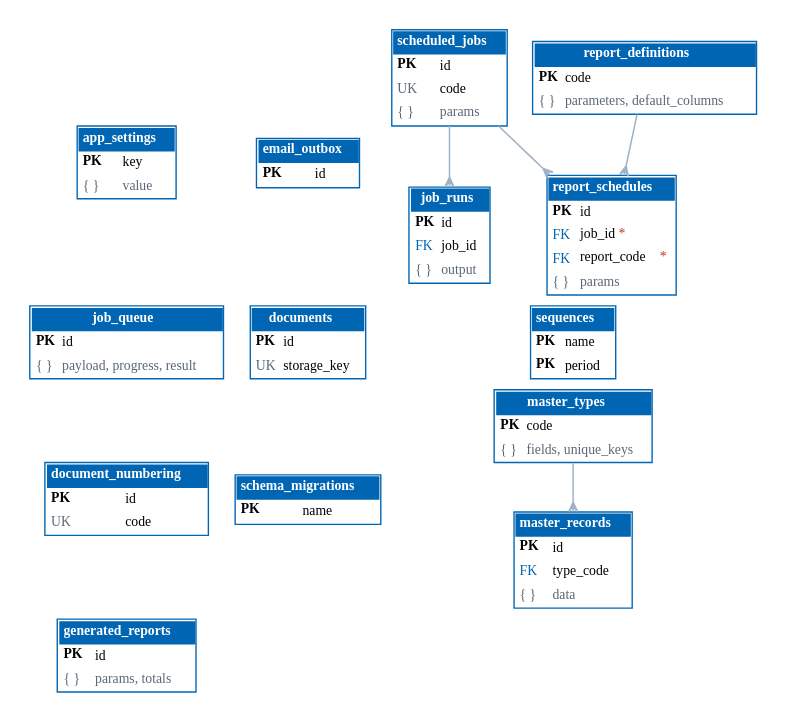
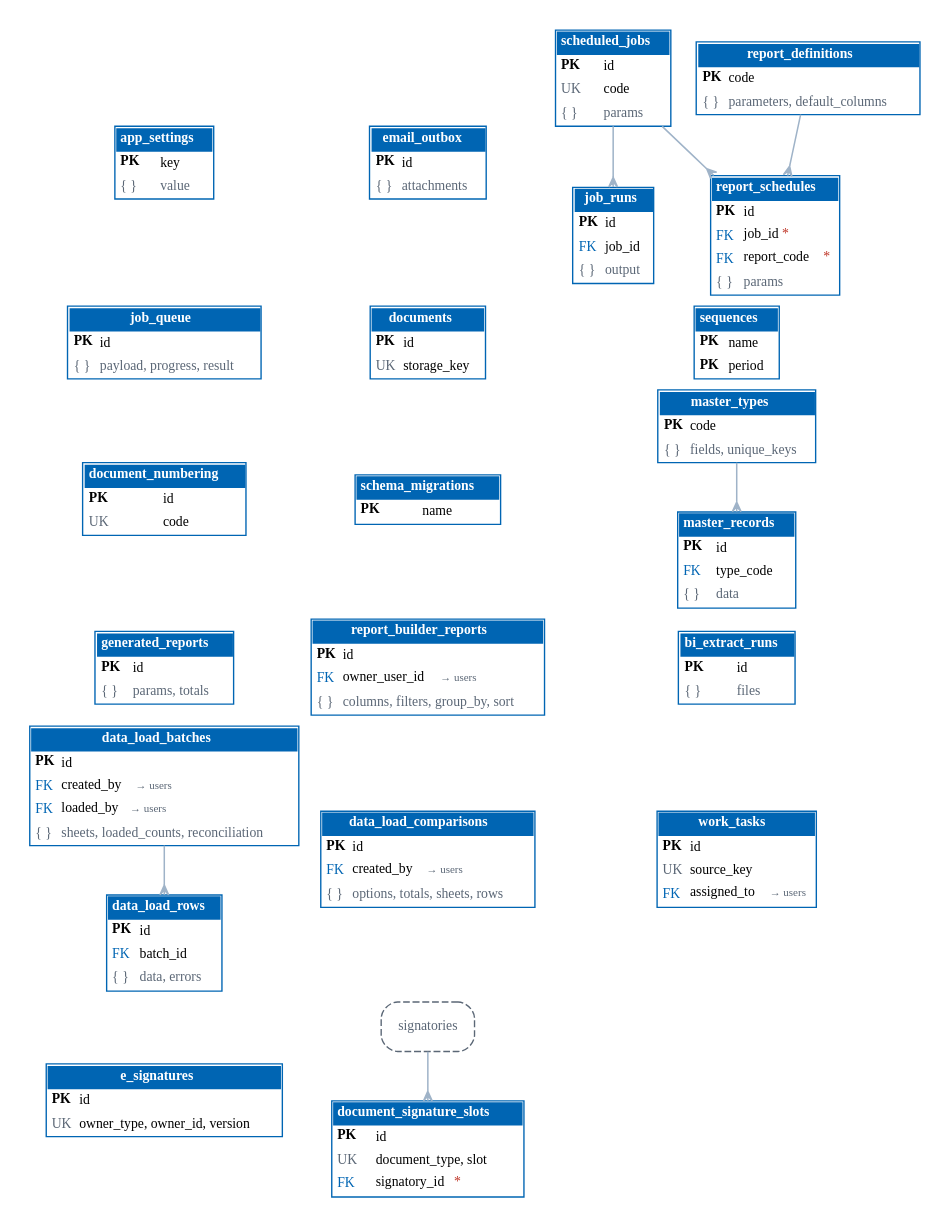
The diagram in docs/architecture/diagrams/er_platform.dot (IortaTexhNXT-DEV/BDOI-OOTB), drawn with Graphviz before and after one commit. The commit also changed 124 other files, not shown here.

Commit message:
Developer documentation refresh: technical reference with module catalogue and code review guide, architecture and security, data dictionary at migration 0322, API catalogue, architecture set 1.2, developer guide, release notes 1.1

```diff
--- a/docs/architecture/diagrams/er_platform.dot
+++ b/docs/architecture/diagrams/er_platform.dot
@@ -1,24 +1,35 @@
 // Generated by tools/render_diagrams.py from tools/data/db_snapshot.json: Configuration and platform services. Do not edit by hand.
 digraph ER {
   graph [rankdir=TB, splines=true, nodesep=0.25, ranksep=0.5, fontname="Nunito", bgcolor="white", pad=0.2, pack=true, packmode="array_u3"];
   node [shape=plain, fontname="Nunito", fontsize=10];
   edge [color="#9FB3C8", arrowhead=crow, arrowtail=none, dir=both, arrowsize=0.7, penwidth=1.1];
   "app_settings" [label=<<table border="1" cellborder="0" cellspacing="0" cellpadding="3" color="#0065B3"><tr><td colspan="2" bgcolor="#0065B3"><font color="white"><b>app_settings</b></font></td></tr><tr><td align="left" balign="left"><b>PK</b></td><td align="left">key</td></tr><tr><td align="left"><font color="#5B6776">{ }</font></td><td align="left"><font color="#5B6776">value</font></td></tr></table>>];
-  "email_outbox" [label=<<table border="1" cellborder="0" cellspacing="0" cellpadding="3" color="#0065B3"><tr><td colspan="2" bgcolor="#0065B3"><font color="white"><b>email_outbox</b></font></td></tr><tr><td align="left" balign="left"><b>PK</b></td><td align="left">id</td></tr></table>>];
+  "email_outbox" [label=<<table border="1" cellborder="0" cellspacing="0" cellpadding="3" color="#0065B3"><tr><td colspan="2" bgcolor="#0065B3"><font color="white"><b>email_outbox</b></font></td></tr><tr><td align="left" balign="left"><b>PK</b></td><td align="left">id</td></tr><tr><td align="left"><font color="#5B6776">{ }</font></td><td align="left"><font color="#5B6776">attachments</font></td></tr></table>>];
   "scheduled_jobs" [label=<<table border="1" cellborder="0" cellspacing="0" cellpadding="3" color="#0065B3"><tr><td colspan="2" bgcolor="#0065B3"><font color="white"><b>scheduled_jobs</b></font></td></tr><tr><td align="left" balign="left"><b>PK</b></td><td align="left">id</td></tr><tr><td align="left"><font color="#5B6776">UK</font></td><td align="left">code</td></tr><tr><td align="left"><font color="#5B6776">{ }</font></td><td align="left"><font color="#5B6776">params</font></td></tr></table>>];
   "job_runs" [label=<<table border="1" cellborder="0" cellspacing="0" cellpadding="3" color="#0065B3"><tr><td colspan="2" bgcolor="#0065B3"><font color="white"><b>job_runs</b></font></td></tr><tr><td align="left" balign="left"><b>PK</b></td><td align="left">id</td></tr><tr><td align="left"><font color="#0065B3">FK</font></td><td align="left">job_id</td></tr><tr><td align="left"><font color="#5B6776">{ }</font></td><td align="left"><font color="#5B6776">output</font></td></tr></table>>];
   "job_queue" [label=<<table border="1" cellborder="0" cellspacing="0" cellpadding="3" color="#0065B3"><tr><td colspan="2" bgcolor="#0065B3"><font color="white"><b>job_queue</b></font></td></tr><tr><td align="left" balign="left"><b>PK</b></td><td align="left">id</td></tr><tr><td align="left"><font color="#5B6776">{ }</font></td><td align="left"><font color="#5B6776">payload, progress, result</font></td></tr></table>>];
   "documents" [label=<<table border="1" cellborder="0" cellspacing="0" cellpadding="3" color="#0065B3"><tr><td colspan="2" bgcolor="#0065B3"><font color="white"><b>documents</b></font></td></tr><tr><td align="left" balign="left"><b>PK</b></td><td align="left">id</td></tr><tr><td align="left"><font color="#5B6776">UK</font></td><td align="left">storage_key</td></tr></table>>];
   "sequences" [label=<<table border="1" cellborder="0" cellspacing="0" cellpadding="3" color="#0065B3"><tr><td colspan="2" bgcolor="#0065B3"><font color="white"><b>sequences</b></font></td></tr><tr><td align="left" balign="left"><b>PK</b></td><td align="left">name</td></tr><tr><td align="left" balign="left"><b>PK</b></td><td align="left">period</td></tr></table>>];
   "document_numbering" [label=<<table border="1" cellborder="0" cellspacing="0" cellpadding="3" color="#0065B3"><tr><td colspan="2" bgcolor="#0065B3"><font color="white"><b>document_numbering</b></font></td></tr><tr><td align="left" balign="left"><b>PK</b></td><td align="left">id</td></tr><tr><td align="left"><font color="#5B6776">UK</font></td><td align="left">code</td></tr></table>>];
   "schema_migrations" [label=<<table border="1" cellborder="0" cellspacing="0" cellpadding="3" color="#0065B3"><tr><td colspan="2" bgcolor="#0065B3"><font color="white"><b>schema_migrations</b></font></td></tr><tr><td align="left" balign="left"><b>PK</b></td><td align="left">name</td></tr></table>>];
   "master_types" [label=<<table border="1" cellborder="0" cellspacing="0" cellpadding="3" color="#0065B3"><tr><td colspan="2" bgcolor="#0065B3"><font color="white"><b>master_types</b></font></td></tr><tr><td align="left" balign="left"><b>PK</b></td><td align="left">code</td></tr><tr><td align="left"><font color="#5B6776">{ }</font></td><td align="left"><font color="#5B6776">fields, unique_keys</font></td></tr></table>>];
   "master_records" [label=<<table border="1" cellborder="0" cellspacing="0" cellpadding="3" color="#0065B3"><tr><td colspan="2" bgcolor="#0065B3"><font color="white"><b>master_records</b></font></td></tr><tr><td align="left" balign="left"><b>PK</b></td><td align="left">id</td></tr><tr><td align="left"><font color="#0065B3">FK</font></td><td align="left">type_code</td></tr><tr><td align="left"><font color="#5B6776">{ }</font></td><td align="left"><font color="#5B6776">data</font></td></tr></table>>];
   "report_definitions" [label=<<table border="1" cellborder="0" cellspacing="0" cellpadding="3" color="#0065B3"><tr><td colspan="2" bgcolor="#0065B3"><font color="white"><b>report_definitions</b></font></td></tr><tr><td align="left" balign="left"><b>PK</b></td><td align="left">code</td></tr><tr><td align="left"><font color="#5B6776">{ }</font></td><td align="left"><font color="#5B6776">parameters, default_columns</font></td></tr></table>>];
   "report_schedules" [label=<<table border="1" cellborder="0" cellspacing="0" cellpadding="3" color="#0065B3"><tr><td colspan="2" bgcolor="#0065B3"><font color="white"><b>report_schedules</b></font></td></tr><tr><td align="left" balign="left"><b>PK</b></td><td align="left">id</td></tr><tr><td align="left"><font color="#0065B3">FK</font></td><td align="left">job_id<font color="#C0392B">*</font></td></tr><tr><td align="left"><font color="#0065B3">FK</font></td><td align="left">report_code<font color="#C0392B">*</font></td></tr><tr><td align="left"><font color="#5B6776">{ }</font></td><td align="left"><font color="#5B6776">params</font></td></tr></table>>];
   "generated_reports" [label=<<table border="1" cellborder="0" cellspacing="0" cellpadding="3" color="#0065B3"><tr><td colspan="2" bgcolor="#0065B3"><font color="white"><b>generated_reports</b></font></td></tr><tr><td align="left" balign="left"><b>PK</b></td><td align="left">id</td></tr><tr><td align="left"><font color="#5B6776">{ }</font></td><td align="left"><font color="#5B6776">params, totals</font></td></tr></table>>];
+  "report_builder_reports" [label=<<table border="1" cellborder="0" cellspacing="0" cellpadding="3" color="#0065B3"><tr><td colspan="2" bgcolor="#0065B3"><font color="white"><b>report_builder_reports</b></font></td></tr><tr><td align="left" balign="left"><b>PK</b></td><td align="left">id</td></tr><tr><td align="left"><font color="#0065B3">FK</font></td><td align="left">owner_user_id <font color="#5B6776" point-size="8">&#8594; users</font></td></tr><tr><td align="left"><font color="#5B6776">{ }</font></td><td align="left"><font color="#5B6776">columns, filters, group_by, sort</font></td></tr></table>>];
+  "bi_extract_runs" [label=<<table border="1" cellborder="0" cellspacing="0" cellpadding="3" color="#0065B3"><tr><td colspan="2" bgcolor="#0065B3"><font color="white"><b>bi_extract_runs</b></font></td></tr><tr><td align="left" balign="left"><b>PK</b></td><td align="left">id</td></tr><tr><td align="left"><font color="#5B6776">{ }</font></td><td align="left"><font color="#5B6776">files</font></td></tr></table>>];
+  "data_load_batches" [label=<<table border="1" cellborder="0" cellspacing="0" cellpadding="3" color="#0065B3"><tr><td colspan="2" bgcolor="#0065B3"><font color="white"><b>data_load_batches</b></font></td></tr><tr><td align="left" balign="left"><b>PK</b></td><td align="left">id</td></tr><tr><td align="left"><font color="#0065B3">FK</font></td><td align="left">created_by <font color="#5B6776" point-size="8">&#8594; users</font></td></tr><tr><td align="left"><font color="#0065B3">FK</font></td><td align="left">loaded_by <font color="#5B6776" point-size="8">&#8594; users</font></td></tr><tr><td align="left"><font color="#5B6776">{ }</font></td><td align="left"><font color="#5B6776">sheets, loaded_counts, reconciliation</font></td></tr></table>>];
+  "data_load_rows" [label=<<table border="1" cellborder="0" cellspacing="0" cellpadding="3" color="#0065B3"><tr><td colspan="2" bgcolor="#0065B3"><font color="white"><b>data_load_rows</b></font></td></tr><tr><td align="left" balign="left"><b>PK</b></td><td align="left">id</td></tr><tr><td align="left"><font color="#0065B3">FK</font></td><td align="left">batch_id</td></tr><tr><td align="left"><font color="#5B6776">{ }</font></td><td align="left"><font color="#5B6776">data, errors</font></td></tr></table>>];
+  "data_load_comparisons" [label=<<table border="1" cellborder="0" cellspacing="0" cellpadding="3" color="#0065B3"><tr><td colspan="2" bgcolor="#0065B3"><font color="white"><b>data_load_comparisons</b></font></td></tr><tr><td align="left" balign="left"><b>PK</b></td><td align="left">id</td></tr><tr><td align="left"><font color="#0065B3">FK</font></td><td align="left">created_by <font color="#5B6776" point-size="8">&#8594; users</font></td></tr><tr><td align="left"><font color="#5B6776">{ }</font></td><td align="left"><font color="#5B6776">options, totals, sheets, rows</font></td></tr></table>>];
+  "work_tasks" [label=<<table border="1" cellborder="0" cellspacing="0" cellpadding="3" color="#0065B3"><tr><td colspan="2" bgcolor="#0065B3"><font color="white"><b>work_tasks</b></font></td></tr><tr><td align="left" balign="left"><b>PK</b></td><td align="left">id</td></tr><tr><td align="left"><font color="#5B6776">UK</font></td><td align="left">source_key</td></tr><tr><td align="left"><font color="#0065B3">FK</font></td><td align="left">assigned_to <font color="#5B6776" point-size="8">&#8594; users</font></td></tr></table>>];
+  "e_signatures" [label=<<table border="1" cellborder="0" cellspacing="0" cellpadding="3" color="#0065B3"><tr><td colspan="2" bgcolor="#0065B3"><font color="white"><b>e_signatures</b></font></td></tr><tr><td align="left" balign="left"><b>PK</b></td><td align="left">id</td></tr><tr><td align="left"><font color="#5B6776">UK</font></td><td align="left">owner_type, owner_id, version</td></tr></table>>];
+  "document_signature_slots" [label=<<table border="1" cellborder="0" cellspacing="0" cellpadding="3" color="#0065B3"><tr><td colspan="2" bgcolor="#0065B3"><font color="white"><b>document_signature_slots</b></font></td></tr><tr><td align="left" balign="left"><b>PK</b></td><td align="left">id</td></tr><tr><td align="left"><font color="#5B6776">UK</font></td><td align="left">document_type, slot</td></tr><tr><td align="left"><font color="#0065B3">FK</font></td><td align="left">signatory_id<font color="#C0392B">*</font></td></tr></table>>];
+  "signatories" [shape=box, style="rounded,dashed", color="#5B6776", fontcolor="#5B6776", label="signatories"];
+  "data_load_batches" -> "data_load_rows";
   "master_types" -> "master_records";
   "report_definitions" -> "report_schedules";
   "scheduled_jobs" -> "job_runs";
   "scheduled_jobs" -> "report_schedules";
+  "signatories" -> "document_signature_slots";
 }
```
